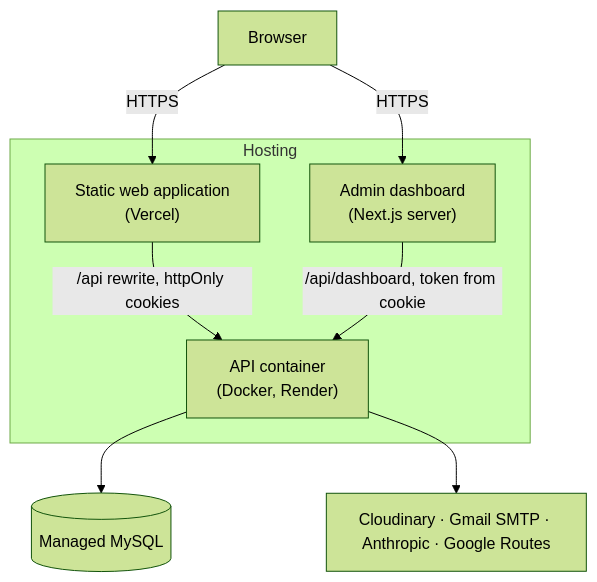
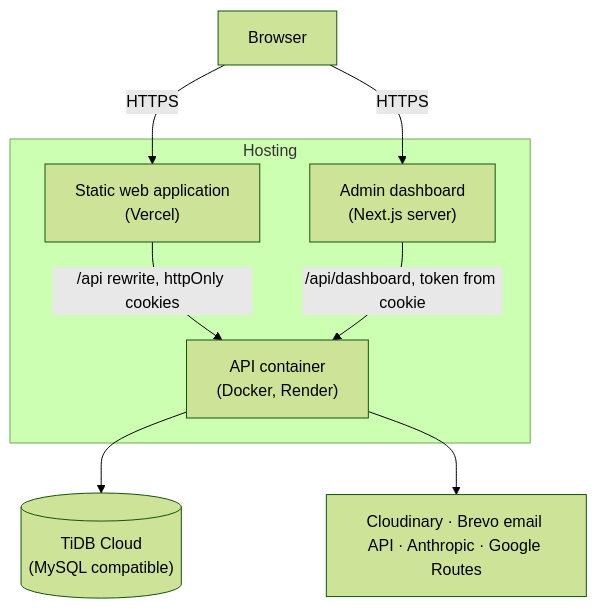
The eighth of 24 diagrams in documentation/Salon-Hup-Project-Documentation.md (ghalebshhab/Salon-hub-backend), drawn with Mermaid (forest theme) before and after one commit. The commit also changed other lines of this file and 1 other file, not shown here.

````diff
--- a/documentation/Salon-Hup-Project-Documentation.md
+++ b/documentation/Salon-Hup-Project-Documentation.md
@@ -817,18 +832,18 @@
 ```mermaid
 flowchart TB
     browser["Browser"]
     subgraph hosting["Hosting"]
         vercel["Static web application<br/>(Vercel)"]
         next["Admin dashboard<br/>(Next.js server)"]
         render["API container<br/>(Docker, Render)"]
     end
-    mysql[("Managed MySQL")]
-    ext["Cloudinary · Gmail SMTP · Anthropic · Google Routes"]
+    mysql[("TiDB Cloud<br/>(MySQL compatible)")]
+    ext["Cloudinary · Brevo email API · Anthropic · Google Routes"]
 
     browser -->|"HTTPS"| vercel
     browser -->|"HTTPS"| next
     vercel -->|"/api rewrite, httpOnly cookies"| render
     next -->|"/api/dashboard, token from cookie"| render
     render --> mysql
     render --> ext
 ```
````
